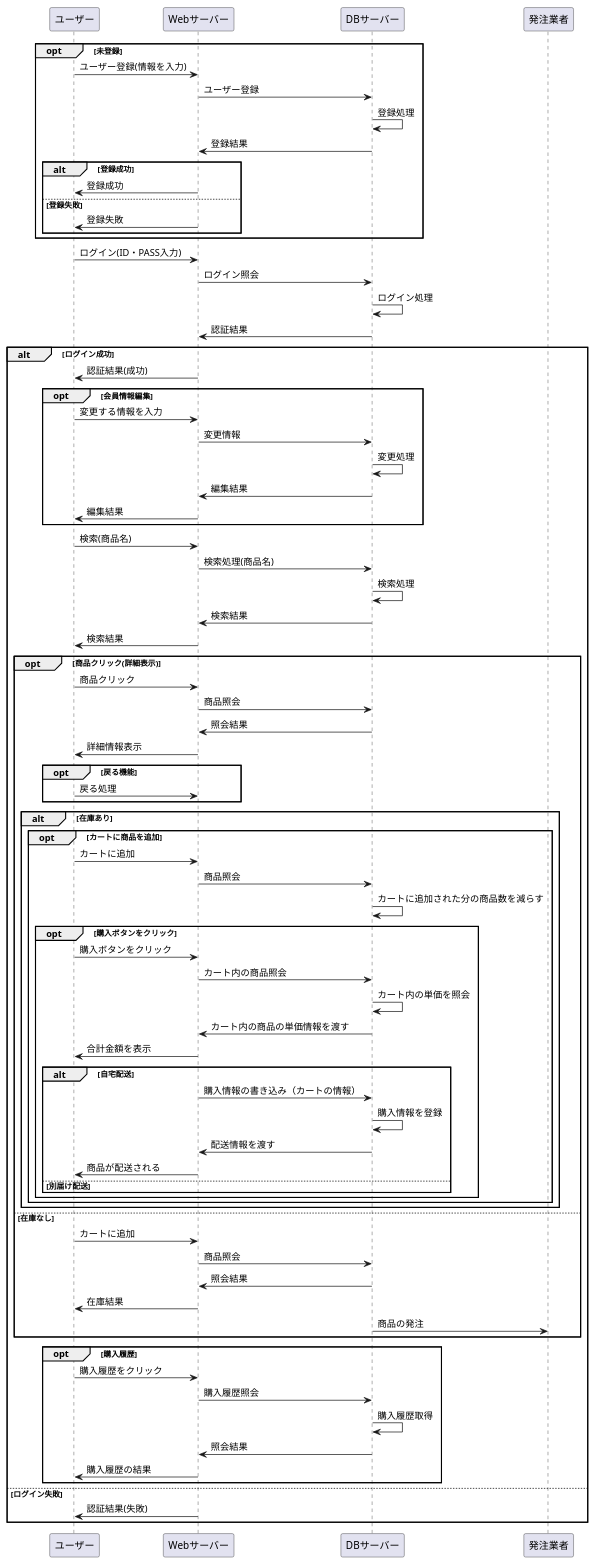
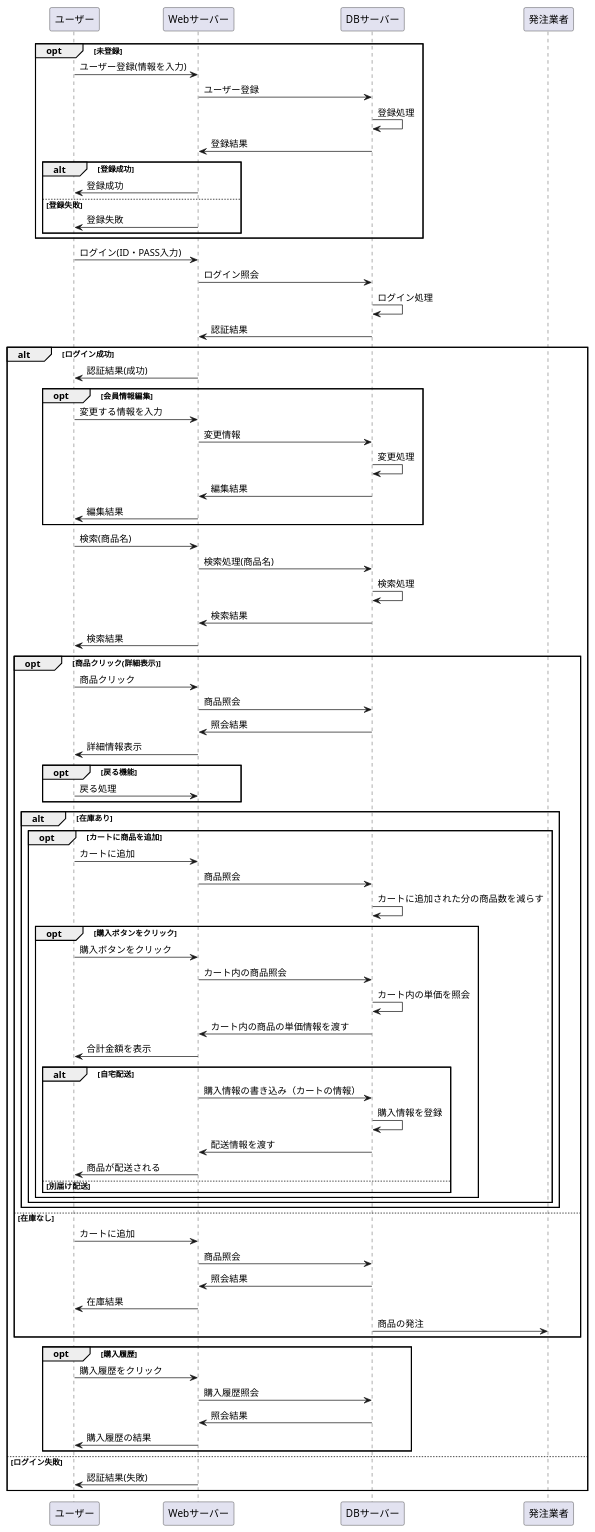
Before and after one commit to Aso2001227/Aso-Sports-1: the diagram in 設計書/02_業務フロー/business-flow-test.md, drawn with PlantUML.

```diff
--- a/設計書/02_業務フロー/business-flow-test.md
+++ b/設計書/02_業務フロー/business-flow-test.md
@@ -89,7 +89,6 @@
 opt 購入履歴
 ユーザー ->Webサーバー :購入履歴をクリック
 Webサーバー -> DBサーバー :購入履歴照会
-DBサーバー -> DBサーバー :購入履歴取得
 DBサーバー -> Webサーバー :照会結果
 Webサーバー -> ユーザー :購入履歴の結果
 end
```
